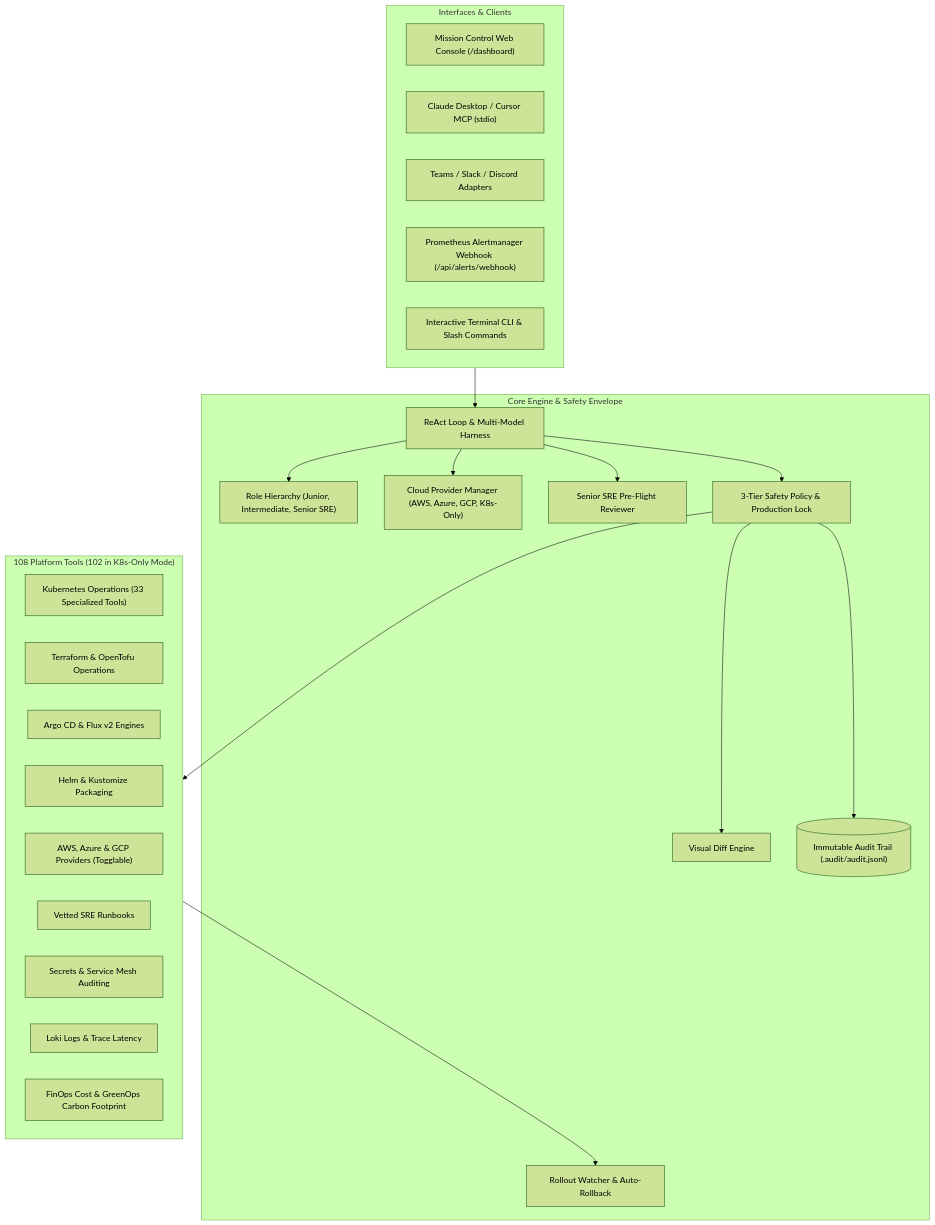
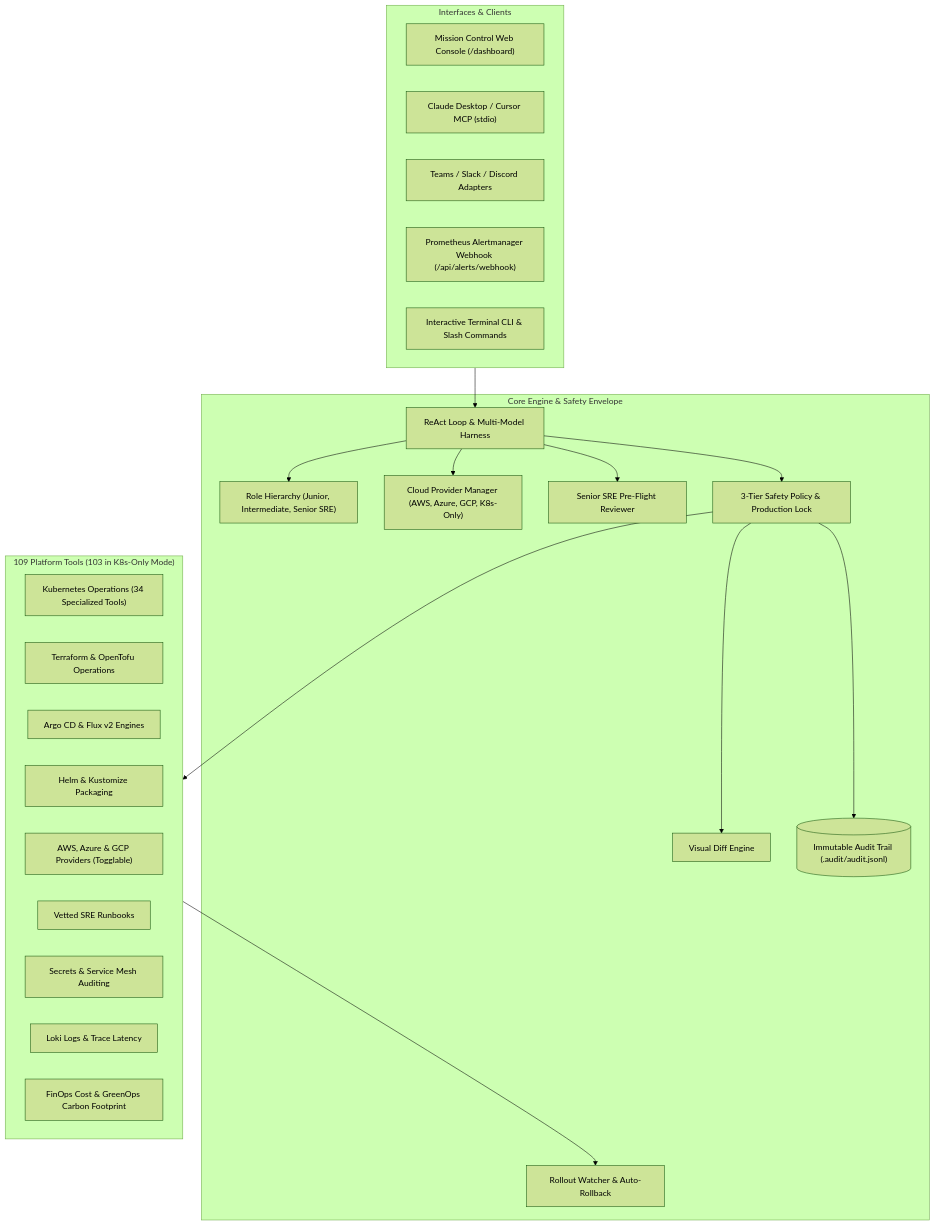
One commit to williamsjoshua005/devops-agent changed the diagram in docs/specs/README.md. Above: the diagram before and after it, drawn with Mermaid (forest theme). The commit also changed other lines of this file and 14 other files, not shown here.

````diff
--- a/docs/specs/README.md
+++ b/docs/specs/README.md
@@ -95,43 +95,43 @@
 ```mermaid
 graph TD
     subgraph Interfaces_Clients ["Interfaces & Clients"]
         Web["Mission Control Web Console (/dashboard)"]
         MCPClient["Claude Desktop / Cursor MCP (stdio)"]
         ChatOps["Teams / Slack / Discord Adapters"]
         Alerts["Prometheus Alertmanager Webhook (/api/alerts/webhook)"]
         CLI["Interactive Terminal CLI & Slash Commands"]
     end
 
     subgraph Core_Engine ["Core Engine & Safety Envelope"]
         Harness["ReAct Loop & Multi-Model Harness"]
         RoleMgr["Role Hierarchy (Junior, Intermediate, Senior SRE)"]
         CloudToggle["Cloud Provider Manager (AWS, Azure, GCP, K8s-Only)"]
         SRE["Senior SRE Pre-Flight Reviewer"]
         Guardrails["3-Tier Safety Policy & Production Lock"]
         Diff["Visual Diff Engine"]
         Watcher["Rollout Watcher & Auto-Rollback"]
         Audit[("Immutable Audit Trail (.audit/audit.jsonl)")]
     end
 
-    subgraph Platform_Tools ["108 Platform Tools (102 in K8s-Only Mode)"]
-        K8s["Kubernetes Operations (33 Specialized Tools)"]
+    subgraph Platform_Tools ["109 Platform Tools (103 in K8s-Only Mode)"]
+        K8s["Kubernetes Operations (34 Specialized Tools)"]
         IaC["Terraform & OpenTofu Operations"]
         GitOps["Argo CD & Flux v2 Engines"]
         Helm["Helm & Kustomize Packaging"]
         Clouds["AWS, Azure & GCP Providers (Togglable)"]
         Runbooks["Vetted SRE Runbooks"]
         SecMesh["Secrets & Service Mesh Auditing"]
         Obs["Loki Logs & Trace Latency"]
         FinOps["FinOps Cost & GreenOps Carbon Footprint"]
     end
 
     Interfaces_Clients --> Harness
     Harness --> RoleMgr
     Harness --> CloudToggle
     Harness --> SRE
     Harness --> Guardrails
     Guardrails --> Diff
     Guardrails --> Audit
     Guardrails --> Platform_Tools
     Platform_Tools --> Watcher
 ```
````
